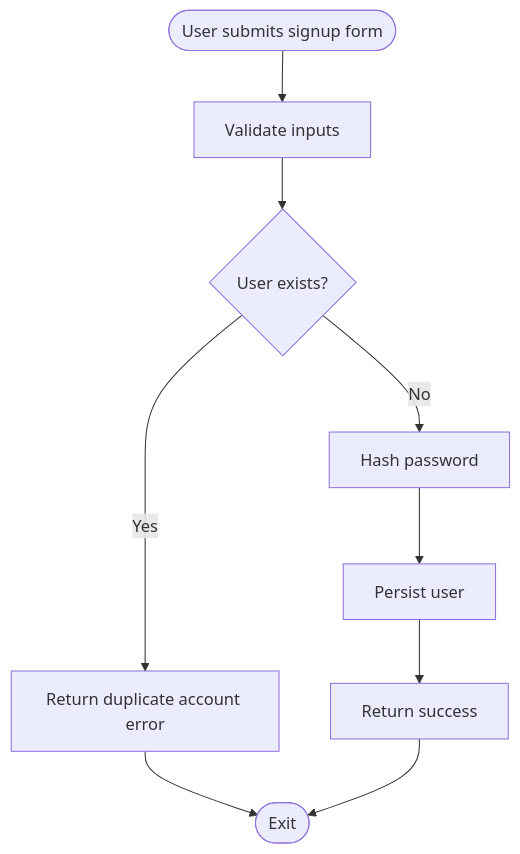
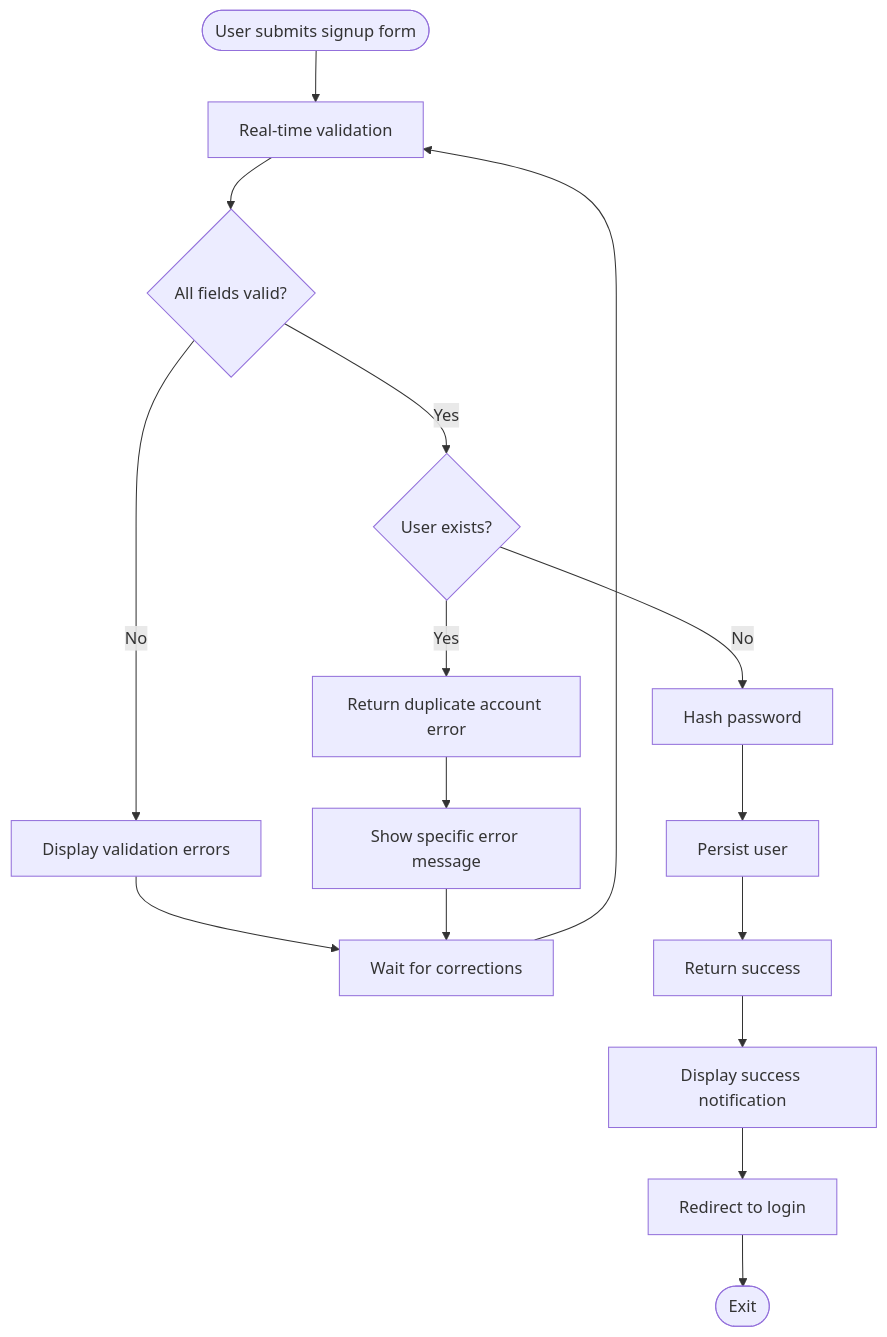
Before and after one commit to HassanAmeer/cheaprouter: the third of 6 diagrams in .qoder/repowiki/en/content/Core Concepts/Authentication System.md, drawn with Mermaid. The commit also changed other lines of this file and 54 other files, not shown here.

````diff
--- a/.qoder/repowiki/en/content/Core Concepts/Authentication System.md
+++ b/.qoder/repowiki/en/content/Core Concepts/Authentication System.md
@@ -246,11 +317,18 @@
 ```mermaid
 flowchart TD
-Start(["User submits signup form"]) --> Validate["Validate inputs"]
-Validate --> Exists{"User exists?"}
+Start(["User submits signup form"]) --> Validate["Real-time validation"]
+Validate --> CheckFields{"All fields valid?"}
+CheckFields --> |No| ShowErrors["Display validation errors"]
+ShowErrors --> Wait["Wait for corrections"]
+Wait --> Validate
+CheckFields --> |Yes| Exists{"User exists?"}
 Exists --> |Yes| ErrorDup["Return duplicate account error"]
+ErrorDup --> ShowDup["Show specific error message"]
+ShowDup --> Wait
 Exists --> |No| Hash["Hash password"]
 Hash --> Save["Persist user"]
 Save --> Success["Return success"]
-ErrorDup --> End(["Exit"])
-Success --> End
+Success --> ShowSuccess["Display success notification"]
+ShowSuccess --> Redirect["Redirect to login"]
+Redirect --> End(["Exit"])
 ```
````
